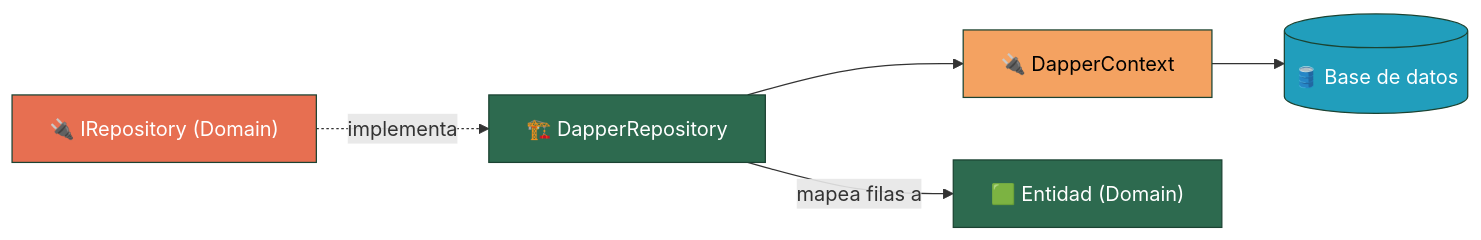
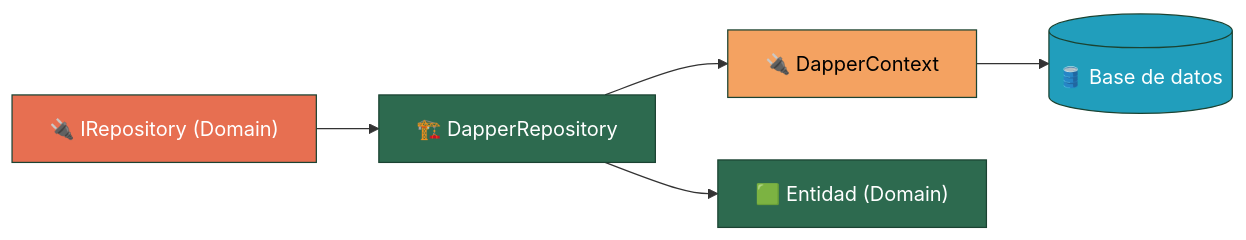
One commit to jhoncalleflores1035/precotex-backend-arquitectura changed the second of 2 diagrams in PrecotexProyecto/src/Precotex.Proyecto.Infraestructure/README.md. Above: the diagram before and after it, drawn with Mermaid. The commit also changed other lines of this file and 2 other files, not shown here.

Commit message:
Domain actualizado

````diff
--- a/PrecotexProyecto/src/Precotex.Proyecto.Infraestructure/README.md
+++ b/PrecotexProyecto/src/Precotex.Proyecto.Infraestructure/README.md
@@ -30,13 +46,13 @@
 ```mermaid
 flowchart LR
-    A["🔌 IRepository (Domain)"] -.implementa.-> B["🏗️ DapperRepository"]
+    A["🔌 IRepository (Domain)"] --> B["🏗️ DapperRepository"]
     B --> C["🔌 DapperContext"]
     C --> D[("🛢️ Base de datos")]
-    B -->|"mapea filas a"| E["🟩 Entidad (Domain)"]
+    B --> E["🟩 Entidad (Domain)"]
 
     style A fill:#e76f51,stroke:#1b4332,color:#fff
     style B fill:#2d6a4f,stroke:#1b4332,color:#fff
     style C fill:#f4a261,stroke:#1b4332,color:#000
     style D fill:#219ebc,stroke:#1b4332,color:#fff
     style E fill:#2d6a4f,stroke:#1b4332,color:#fff
 ```
````
